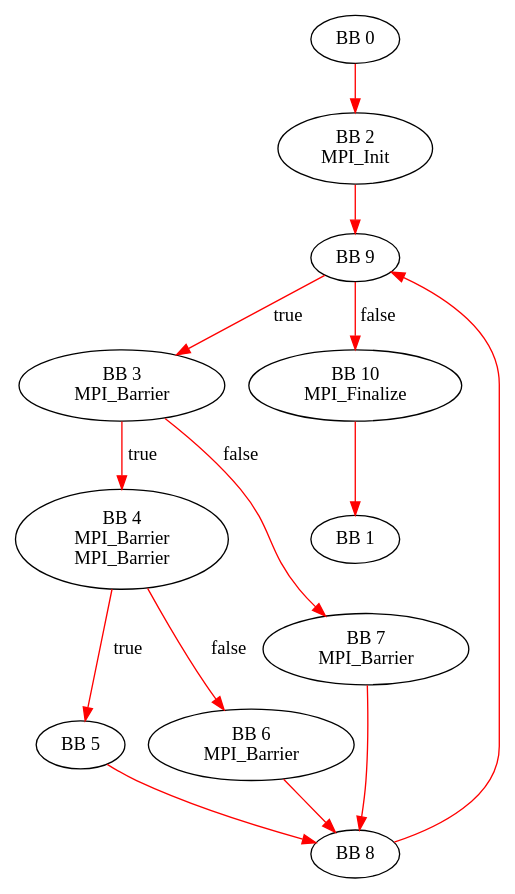
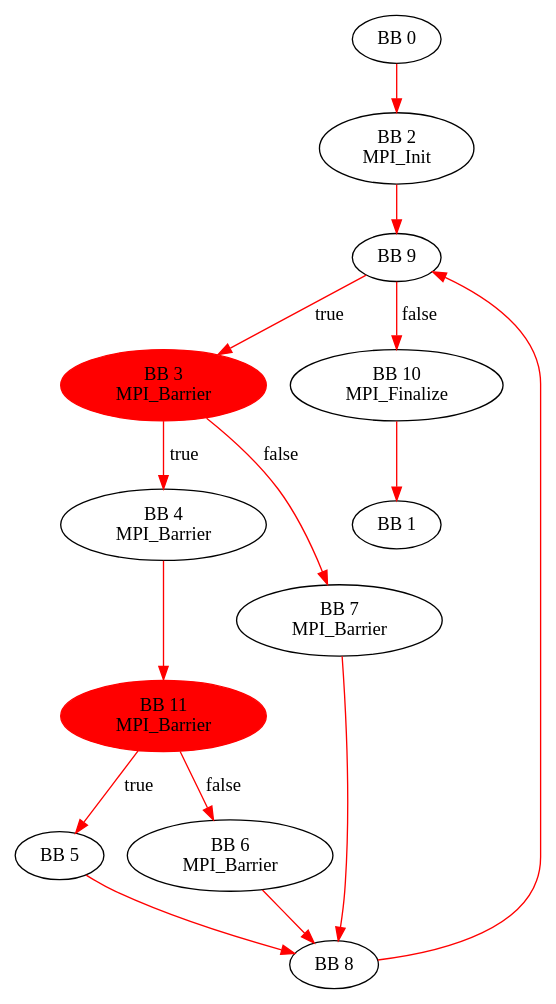
One commit to Maxime91860/COA changed the diagram in Projet/FICHIERS_GRAPHVIZ/test4.c_main_.dot. Above: the diagram before and after it, drawn with Graphviz. The commit also changed 27 other files, not shown here.

```diff
--- a/Projet/FICHIERS_GRAPHVIZ/test4.c_main_.dot
+++ b/Projet/FICHIERS_GRAPHVIZ/test4.c_main_.dot
@@ -1,26 +1,28 @@
 Digraph G{
 0 [label="BB 0" shape=ellipse]
 0 -> 2 [color=red label=""]
 2 [label="BB 2 \n MPI_Init" shape=ellipse]
 2 -> 9 [color=red label=""]
-3 [label="BB 3 \n MPI_Barrier" shape=ellipse]
+3 [color=red, style=filled, label="BB 3 \n MPI_Barrier" shape=ellipse]
 3 -> 4 [color=red label="true"]
 3 -> 7 [color=red label="false"]
-4 [label="BB 4 \n MPI_Barrier \n MPI_Barrier" shape=ellipse]
-4 -> 5 [color=red label="true"]
-4 -> 6 [color=red label="false"]
+4 [label="BB 4 \n MPI_Barrier" shape=ellipse]
+4 -> 11 [color=red label=""]
+11 [color=red, style=filled, label="BB 11 \n MPI_Barrier" shape=ellipse]
+11 -> 5 [color=red label="true"]
+11 -> 6 [color=red label="false"]
 5 [label="BB 5" shape=ellipse]
 5 -> 8 [color=red label=""]
 6 [label="BB 6 \n MPI_Barrier" shape=ellipse]
 6 -> 8 [color=red label=""]
 7 [label="BB 7 \n MPI_Barrier" shape=ellipse]
 7 -> 8 [color=red label=""]
 8 [label="BB 8" shape=ellipse]
 8 -> 9 [color=red label=""]
 9 [label="BB 9" shape=ellipse]
 9 -> 3 [color=red label="true"]
 9 -> 10 [color=red label="false"]
 10 [label="BB 10 \n MPI_Finalize" shape=ellipse]
 10 -> 1 [color=red label=""]
 1 [label="BB 1" shape=ellipse]
 }
```
